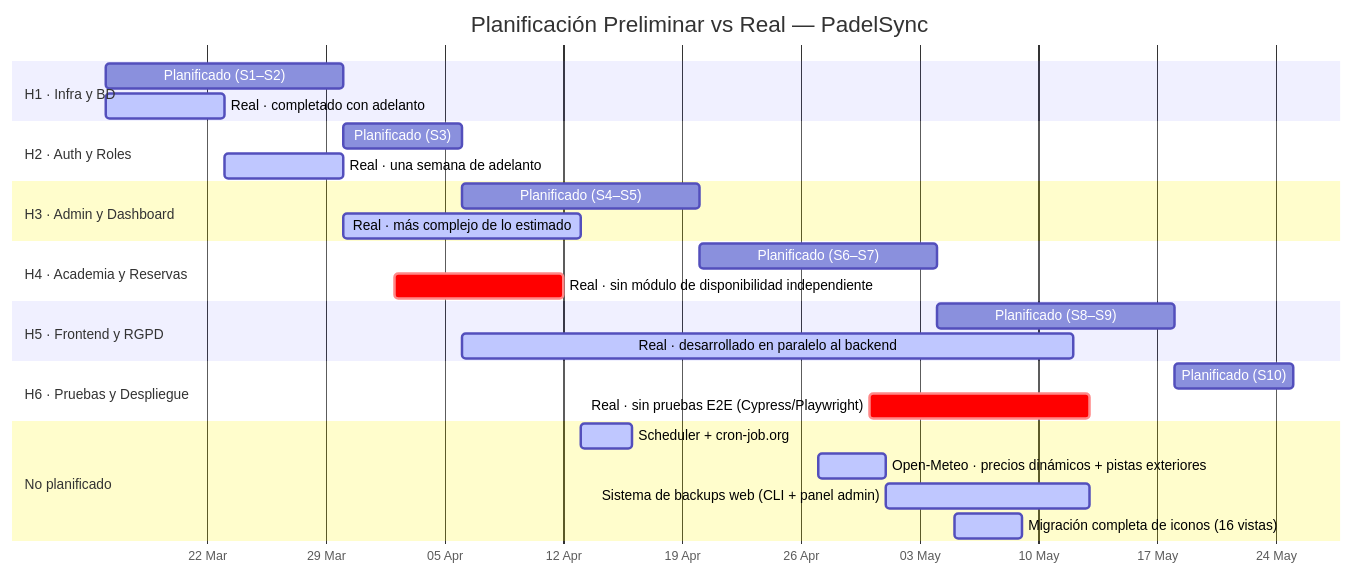
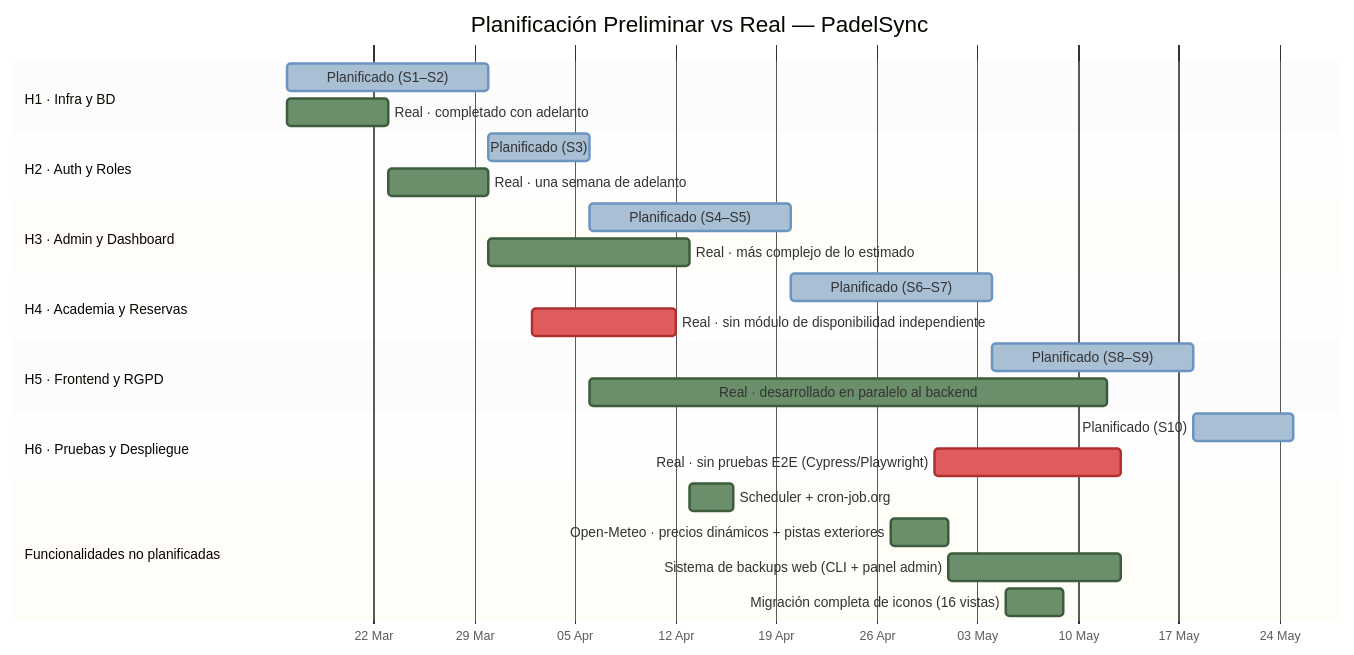
One commit to pabloiglepe/Prueba1---TFG changed the second of 2 diagrams in docs/PLANIFICACION_REAL.md. Above: the diagram before and after it, drawn with Mermaid. The commit also changed other lines of this file, not shown here.

````diff
--- a/docs/PLANIFICACION_REAL.md
+++ b/docs/PLANIFICACION_REAL.md
@@ -74,36 +75,37 @@
 ```mermaid
+%%{init: {'theme': 'base', 'gantt': {'leftPadding': 220, 'barHeight': 22, 'barGap': 6}, 'themeVariables': {'sectionBkgColor': '#e8f0e8', 'altSectionBkgColor': '#f5f8f5', 'taskBkgColor': '#a8bfd4', 'taskBorderColor': '#6b94c0', 'activeTaskBkgColor': '#6b8f6b', 'activeTaskBorderColor': '#3d5c3d', 'critBkgColor': '#e05c5c', 'critBorderColor': '#b03030', 'todayLineColor': '#e05c5c', 'gridColor': '#d0d8d0'}}}%%
 gantt
     title Planificación Preliminar vs Real — PadelSync
     dateFormat  YYYY-MM-DD
     axisFormat  %d %b
 
     section H1 · Infra y BD
     Planificado (S1–S2)                                :p1, 2026-03-16, 14d
     Real · completado con adelanto                     :active, r1, 2026-03-16, 7d
 
     section H2 · Auth y Roles
     Planificado (S3)                                   :p2, 2026-03-30, 7d
     Real · una semana de adelanto                      :active, r2, 2026-03-23, 7d
 
     section H3 · Admin y Dashboard
     Planificado (S4–S5)                                :p3, 2026-04-06, 14d
     Real · más complejo de lo estimado                 :active, r3, 2026-03-30, 14d
 
     section H4 · Academia y Reservas
     Planificado (S6–S7)                                :p4, 2026-04-20, 14d
     Real · sin módulo de disponibilidad independiente  :crit, r4, 2026-04-02, 10d
 
     section H5 · Frontend y RGPD
     Planificado (S8–S9)                                :p5, 2026-05-04, 14d
     Real · desarrollado en paralelo al backend         :active, r5, 2026-04-06, 36d
 
     section H6 · Pruebas y Despliegue
     Planificado (S10)                                  :p6, 2026-05-18, 7d
     Real · sin pruebas E2E (Cypress/Playwright)        :crit, r6, 2026-04-30, 13d
 
-    section No planificado
+    section Funcionalidades no planificadas
     Scheduler + cron-job.org                           :active, np1, 2026-04-13, 3d
     Open-Meteo · precios dinámicos + pistas exteriores :active, np2, 2026-04-27, 4d
     Sistema de backups web (CLI + panel admin)         :active, np3, 2026-05-01, 12d
     Migración completa de iconos (16 vistas)           :active, np4, 2026-05-05, 4d
 ```
````
